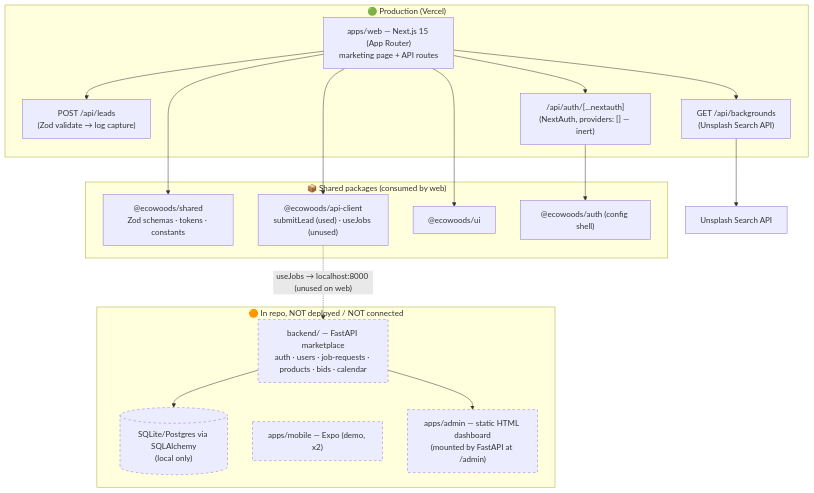
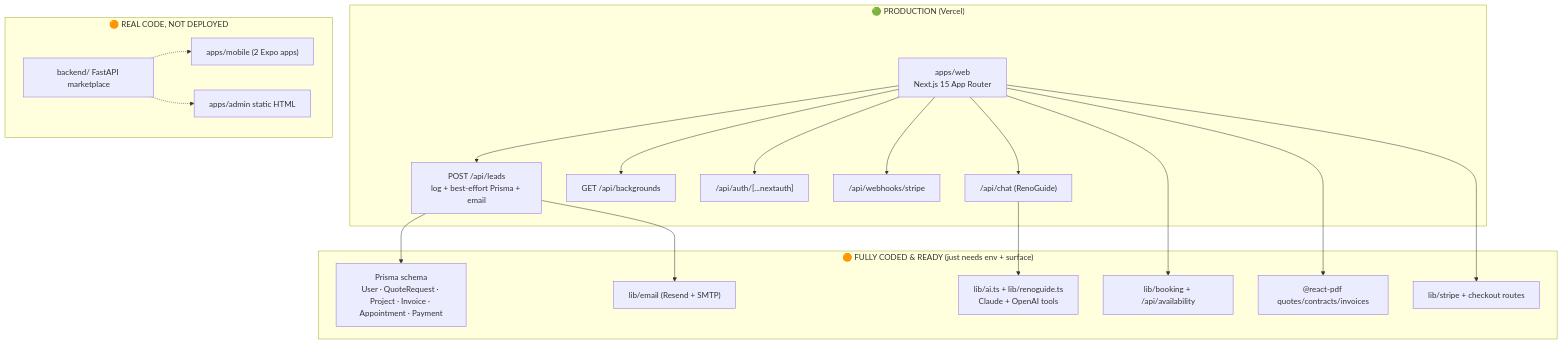
The second of 2 diagrams in README.md (iceccarelli/ecowoods-app), drawn with Mermaid before and after one commit. The commit also changed other lines of this file, not shown here.

````diff
--- a/README.md
+++ b/README.md
@@ -165,41 +169,40 @@
 ```mermaid
 graph TB
-    subgraph Prod["🟢 Production (Vercel)"]
-        Web["apps/web — Next.js 15 (App Router)<br/>marketing page + API routes"]
-        Leads["POST /api/leads<br/>(Zod validate → log capture)"]
-        BG["GET /api/backgrounds<br/>(Unsplash Search API)"]
-        AuthR["/api/auth/[...nextauth]<br/>(NextAuth, providers: [] — inert)"]
+    subgraph Prod["🟢 PRODUCTION (Vercel)"]
+        Web["apps/web<br/>Next.js 15 App Router"]
+        Leads["POST /api/leads<br/>log + best-effort Prisma + email"]
+        BG["GET /api/backgrounds"]
+        AuthR["/api/auth/[...nextauth]"]
+        StripeW["/api/webhooks/stripe"]
+        Chat["/api/chat (RenoGuide)"]
         Web --> Leads
         Web --> BG
         Web --> AuthR
+        Web --> StripeW
+        Web --> Chat
     end
 
-    subgraph Pkgs["📦 Shared packages (consumed by web)"]
-        Shared["@ecowoods/shared<br/>Zod schemas · tokens · constants"]
-        ApiClient["@ecowoods/api-client<br/>submitLead (used) · useJobs (unused)"]
-        UI["@ecowoods/ui"]
-        AuthPkg["@ecowoods/auth (config shell)"]
+    subgraph Ready["🟠 FULLY CODED & READY (just needs env + surface)"]
+        Prisma["Prisma schema<br/>User · QuoteRequest · Project · Invoice · Appointment · Payment"]
+        Email["lib/email (Resend + SMTP)"]
+        AI["lib/ai.ts + lib/renoguide.ts<br/>Claude + OpenAI tools"]
+        Booking["lib/booking + /api/availability"]
+        PDFs["@react-pdf quotes/contracts/invoices"]
+        Stripe["lib/stripe + checkout routes"]
     end
 
-    subgraph NotProd["🟠 In repo, NOT deployed / NOT connected"]
-        FastAPI["backend/ — FastAPI marketplace<br/>auth · users · job-requests · products · bids · calendar"]
-        DB[("SQLite/Postgres via SQLAlchemy<br/>(local only)")]
-        Mobile["apps/mobile — Expo (demo, x2)"]
-        Admin["apps/admin — static HTML dashboard<br/>(mounted by FastAPI at /admin)"]
+    subgraph Scaffold["🟠 REAL CODE, NOT DEPLOYED"]
+        FastAPI["backend/ FastAPI marketplace"]
+        Mobile["apps/mobile (2 Expo apps)"]
+        Admin["apps/admin static HTML"]
     end
 
-    Ext["Unsplash Search API"]
-    BG --> Ext
-    Web --> Shared
-    Web --> ApiClient
-    Web --> UI
-    AuthR --> AuthPkg
-    ApiClient -. "useJobs → localhost:8000 (unused on web)" .-> FastAPI
-    FastAPI --> DB
-    FastAPI --> Admin
-
-    style FastAPI stroke-dasharray: 5 5
-    style DB stroke-dasharray: 5 5
-    style Mobile stroke-dasharray: 5 5
-    style Admin stroke-dasharray: 5 5
+    Leads --> Prisma
+    Leads --> Email
+    Chat --> AI
+    Web --> Booking
+    Web --> PDFs
+    Web --> Stripe
+    FastAPI -.-> Mobile
+    FastAPI -.-> Admin
 ```
````
